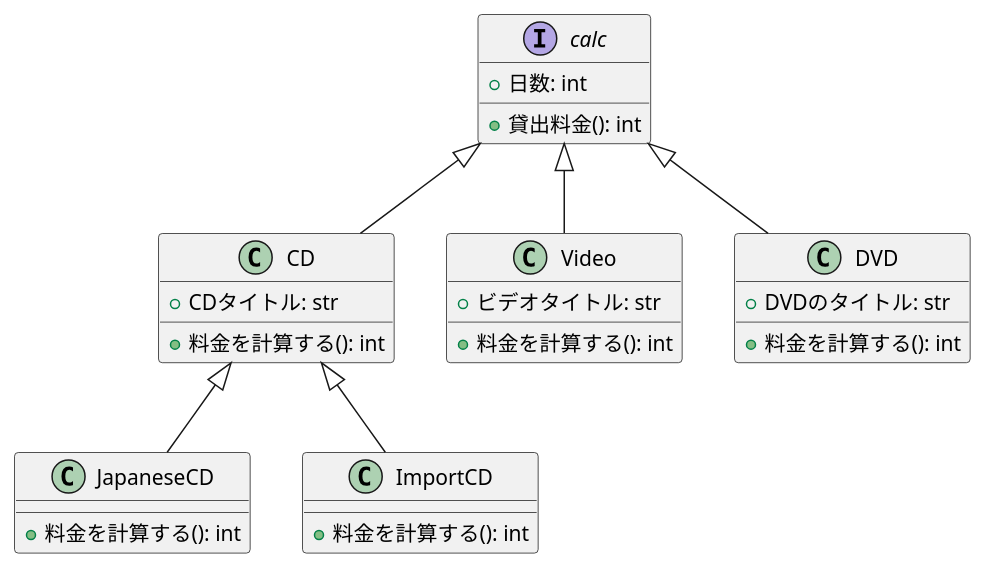
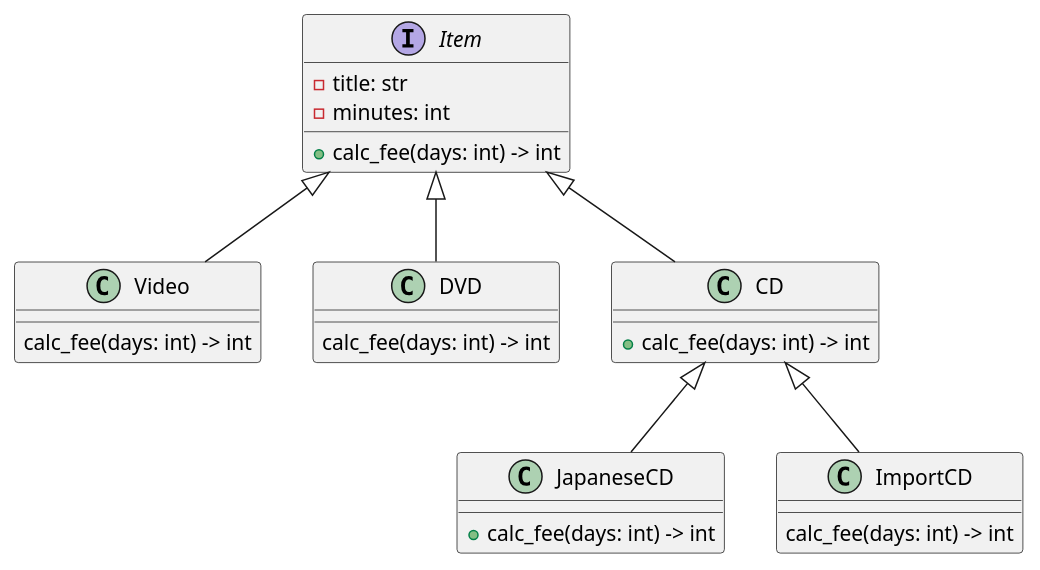
Before and after one commit to GuitarBuilderClass/Teach-Yourself-Design-Patterns-by-Python: the diagram in Part1/Ch01_OOP_and_UML/1.3_inheritance_generalization.puml, drawn with PlantUML. The commit also changed 2 other files, not shown here.

```diff
--- a/Part1/Ch01_OOP_and_UML/1.3_inheritance_generalization.puml
+++ b/Part1/Ch01_OOP_and_UML/1.3_inheritance_generalization.puml
@@ -1,39 +1,36 @@
 @startuml
+
+interface Item {
+- title: str
+- minutes: int
++ calc_fee(days: int) -> int
+}
+
+class Video {
+calc_fee(days: int) -> int
+}
+
+class DVD {
+calc_fee(days: int) -> int
+}
+
 class CD {
-+ CDタイトル: str
-
-+ 料金を計算する(): int
++ calc_fee(days: int) -> int
 }
 
 class JapaneseCD {
-+ 料金を計算する(): int
++ calc_fee(days: int) -> int
 }
 
 class ImportCD {
-+ 料金を計算する(): int
+calc_fee(days: int) -> int
 }
 
-class Video {
-+ ビデオタイトル: str
-
-+ 料金を計算する(): int
-}
-
-class DVD {
-+ DVDのタイトル: str
-
-+ 料金を計算する(): int
-}
-
-interface calc {
-+ 日数: int
-+ 貸出料金(): int
-}
-
-calc <|-- CD
+Item <|-- CD
+Item <|-- Video
+Item <|-- DVD
 CD <|-- JapaneseCD
 CD <|-- ImportCD
-calc <|-- Video
-calc <|-- DVD
+
 
 @enduml
```
